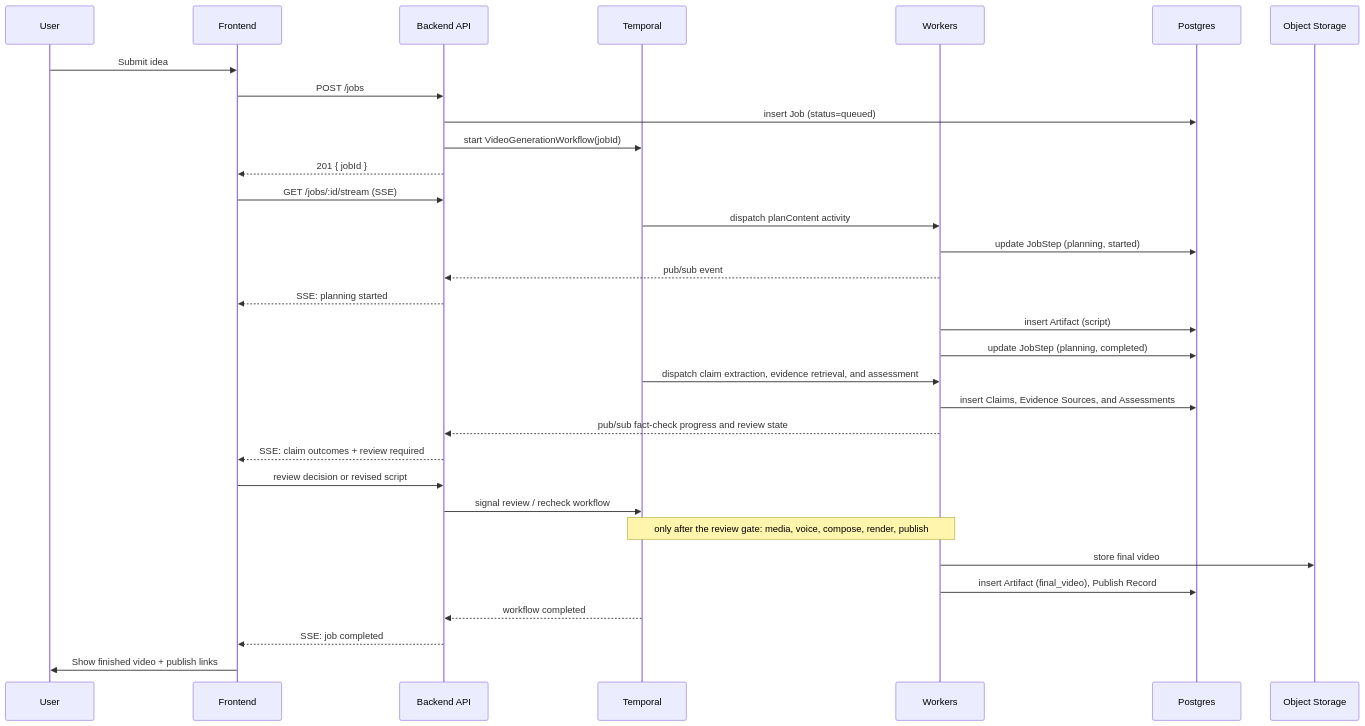
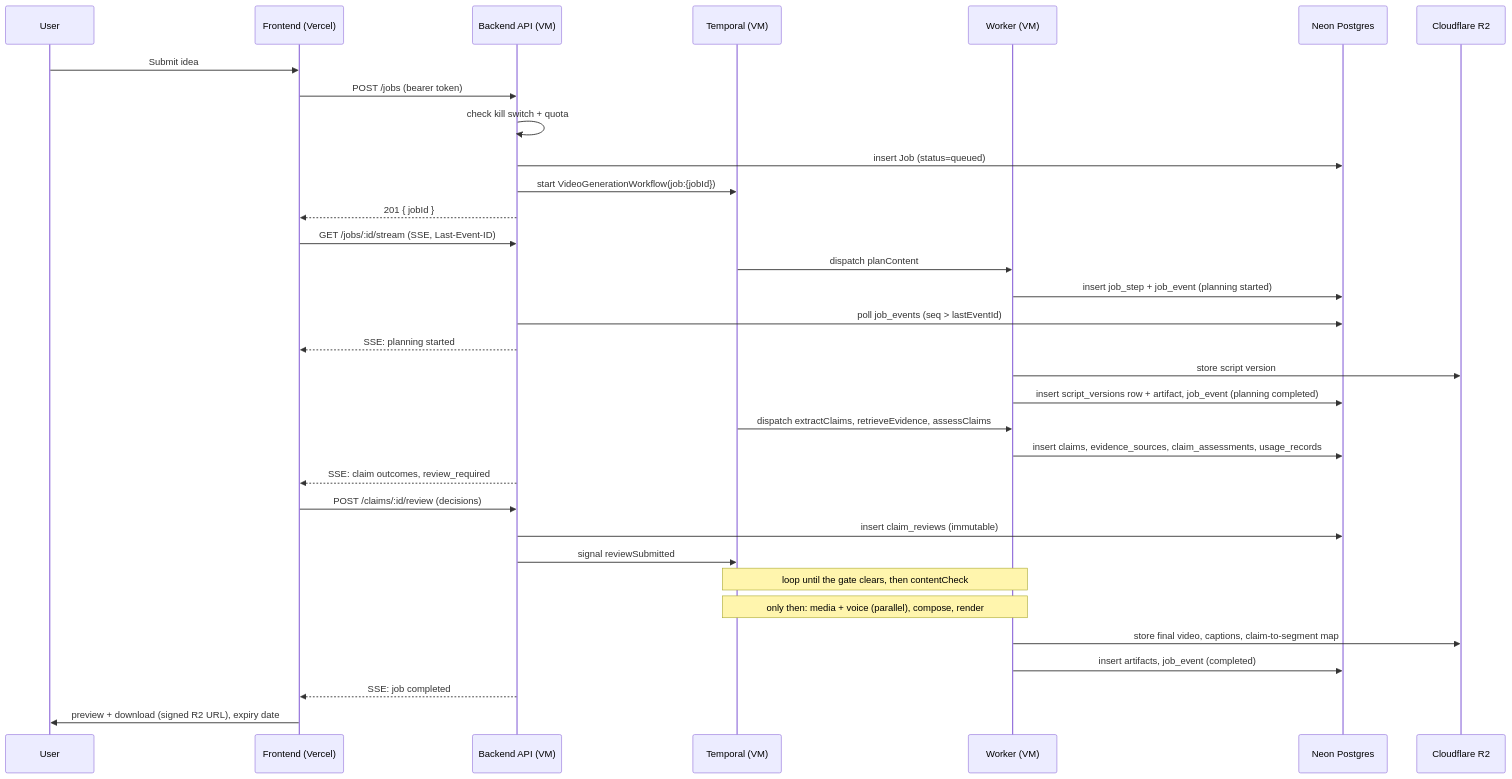
Before and after one commit to WillyPhan06/e2ecg: the second of 3 diagrams in ARCHITECTURE.md, drawn with Mermaid. The commit also changed other lines of this file and 2 other files, not shown here.

Commit message:
Updated to lower scope from 2 mode deployment to only free/limited deploy approach

````diff
--- a/ARCHITECTURE.md
+++ b/ARCHITECTURE.md
@@ -157,35 +194,36 @@
 ```mermaid
 sequenceDiagram
     participant U as User
-    participant FE as Frontend
-    participant API as Backend API
-    participant T as Temporal
-    participant W as Workers
-    participant DB as Postgres
-    participant S3 as Object Storage
+    participant FE as Frontend (Vercel)
+    participant API as Backend API (VM)
+    participant T as Temporal (VM)
+    participant W as Worker (VM)
+    participant DB as Neon Postgres
+    participant R2 as Cloudflare R2
 
     U->>FE: Submit idea
-    FE->>API: POST /jobs
+    FE->>API: POST /jobs (bearer token)
+    API->>API: check kill switch + quota
     API->>DB: insert Job (status=queued)
-    API->>T: start VideoGenerationWorkflow(jobId)
+    API->>T: start VideoGenerationWorkflow(job:{jobId})
     API-->>FE: 201 { jobId }
-    FE->>API: GET /jobs/:id/stream (SSE)
-    T->>W: dispatch planContent activity
-    W->>DB: update JobStep (planning, started)
-    W-->>API: pub/sub event
+    FE->>API: GET /jobs/:id/stream (SSE, Last-Event-ID)
+    T->>W: dispatch planContent
+    W->>DB: insert job_step + job_event (planning started)
+    API->>DB: poll job_events (seq > lastEventId)
     API-->>FE: SSE: planning started
-    W->>DB: insert Artifact (script)
-    W->>DB: update JobStep (planning, completed)
-    T->>W: dispatch claim extraction, evidence retrieval, and assessment
-    W->>DB: insert Claims, Evidence Sources, and Assessments
-    W-->>API: pub/sub fact-check progress and review state
-    API-->>FE: SSE: claim outcomes + review required
-    FE->>API: review decision or revised script
-    API->>T: signal review / recheck workflow
-    Note over T,W: only after the review gate: media, voice, compose, render, publish
-    W->>S3: store final video
-    W->>DB: insert Artifact (final_video), Publish Record
-    T-->>API: workflow completed
+    W->>R2: store script version
+    W->>DB: insert script_versions row + artifact, job_event (planning completed)
+    T->>W: dispatch extractClaims, retrieveEvidence, assessClaims
+    W->>DB: insert claims, evidence_sources, claim_assessments, usage_records
+    API-->>FE: SSE: claim outcomes, review_required
+    FE->>API: POST /claims/:id/review (decisions)
+    API->>DB: insert claim_reviews (immutable)
+    API->>T: signal reviewSubmitted
+    Note over T,W: loop until the gate clears, then contentCheck
+    Note over T,W: only then: media + voice (parallel), compose, render
+    W->>R2: store final video, captions, claim-to-segment map
+    W->>DB: insert artifacts, job_event (completed)
     API-->>FE: SSE: job completed
-    FE->>U: Show finished video + publish links
+    FE->>U: preview + download (signed R2 URL), expiry date
 ```
````
